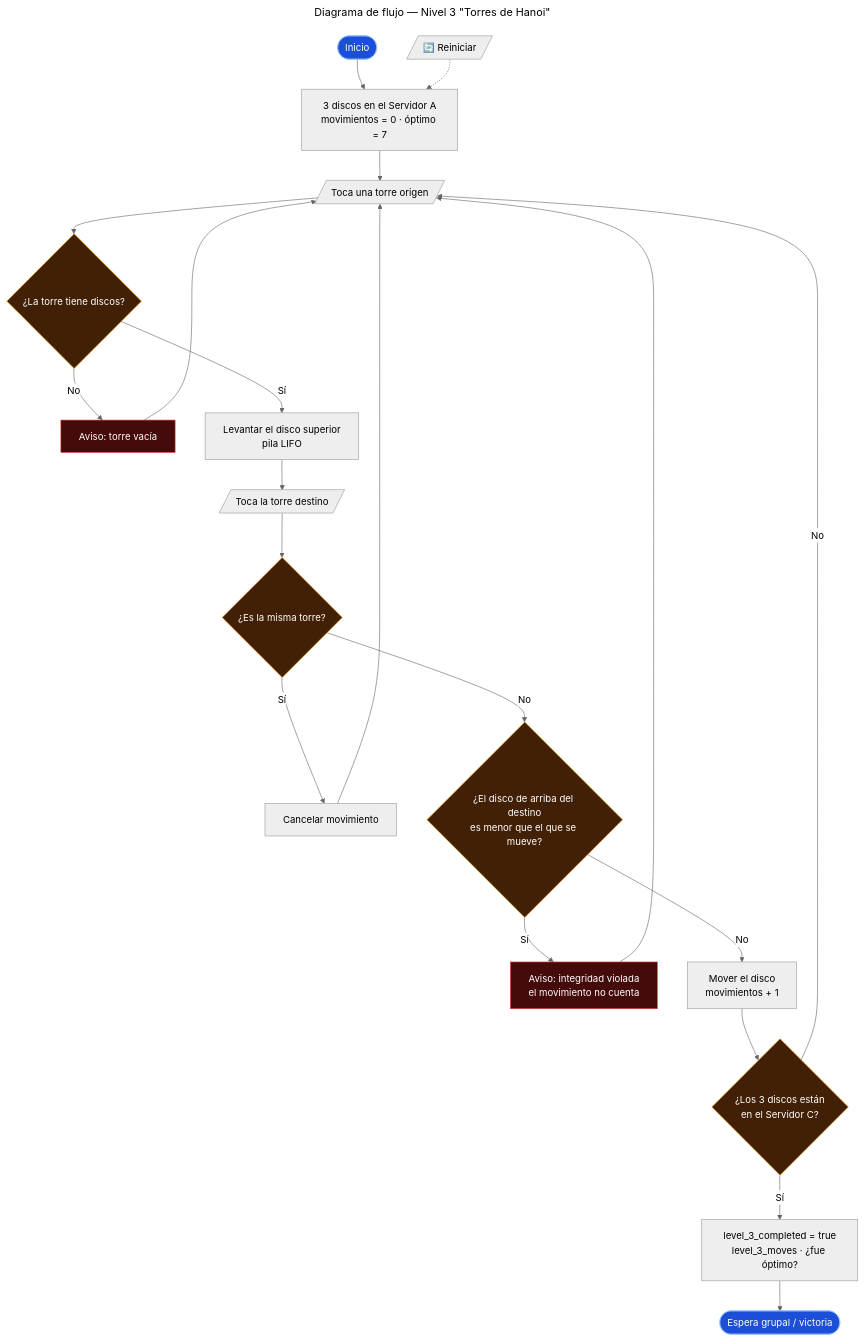
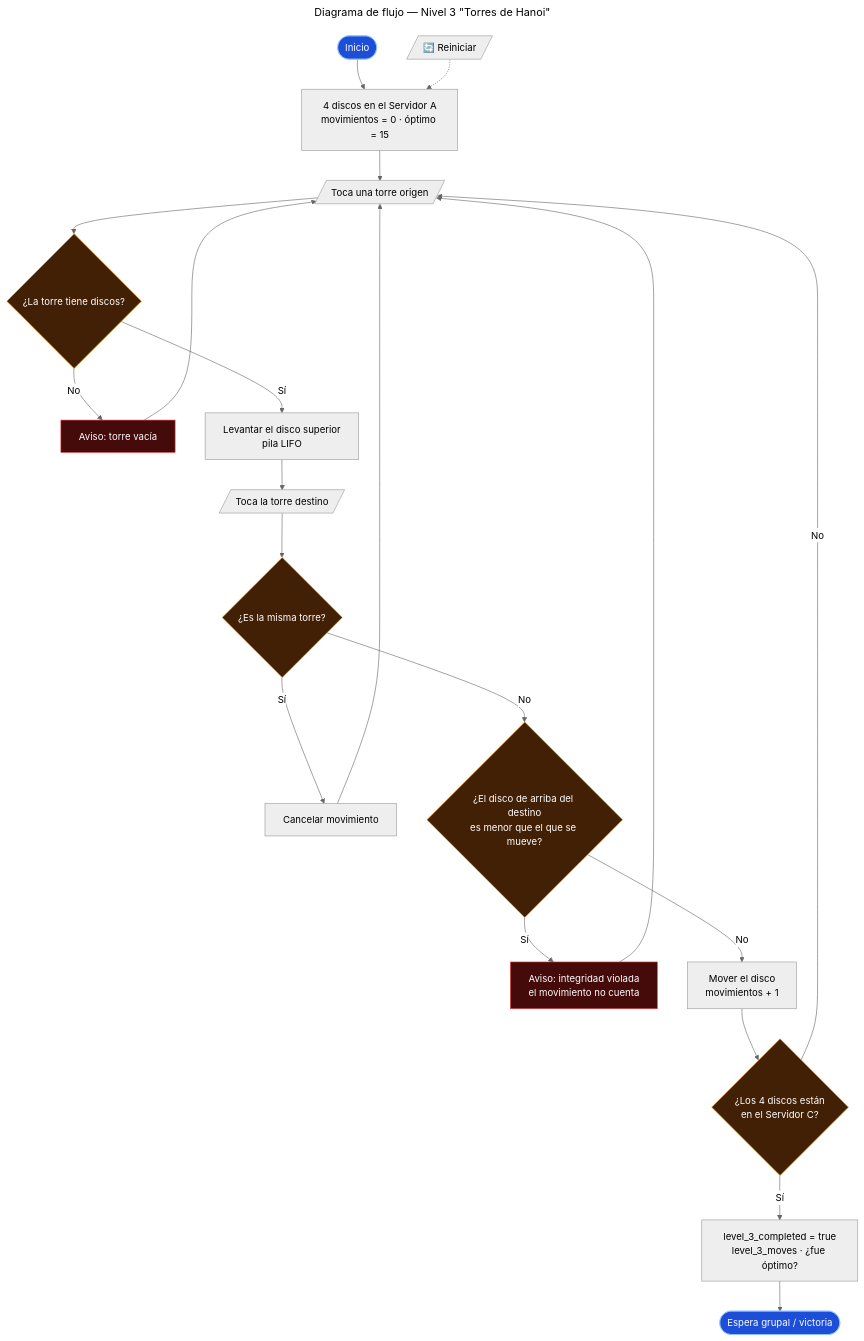
One commit to morphine75/escape_room changed the diagram in docs/diagramas/fuentes/11-flujo-nivel3-hanoi.mmd. Above: the diagram before and after it, drawn with Mermaid (neutral theme). The commit also changed 9 other files, not shown here.

```diff
--- a/docs/diagramas/fuentes/11-flujo-nivel3-hanoi.mmd
+++ b/docs/diagramas/fuentes/11-flujo-nivel3-hanoi.mmd
@@ -1,25 +1,25 @@
 ---
 title: Diagrama de flujo — Nivel 3 "Torres de Hanoi"
 ---
 flowchart TD
-  A([Inicio]) --> B[3 discos en el Servidor A<br/>movimientos = 0 · óptimo = 7]
+  A([Inicio]) --> B[4 discos en el Servidor A<br/>movimientos = 0 · óptimo = 15]
   B --> T1[/Toca una torre origen/]
   T1 --> E{¿La torre tiene discos?}
   E -- No --> M1[Aviso: torre vacía] --> T1
   E -- Sí --> SEL[Levantar el disco superior<br/>pila LIFO] --> T2[/Toca la torre destino/]
   T2 --> SAME{¿Es la misma torre?}
   SAME -- Sí --> CAN[Cancelar movimiento] --> T1
   SAME -- No --> OK{¿El disco de arriba del destino<br/>es menor que el que se mueve?}
   OK -- Sí --> ERR[Aviso: integridad violada<br/>el movimiento no cuenta] --> T1
   OK -- No --> MOVE[Mover el disco<br/>movimientos + 1]
-  MOVE --> W{¿Los 3 discos están<br/>en el Servidor C?}
+  MOVE --> W{¿Los 4 discos están<br/>en el Servidor C?}
   W -- No --> T1
   W -- Sí --> FIN[level_3_completed = true<br/>level_3_moves · ¿fue óptimo?] --> END([Espera grupal / victoria])
   RST[/🔄 Reiniciar/] -.-> B
 
   classDef term fill:#1d4ed8,stroke:#93c5fd,color:#fff
   classDef dec fill:#422006,stroke:#f59e0b,color:#fff
   classDef bad fill:#450a0a,stroke:#ef4444,color:#fff
   class A,END term
   class E,SAME,OK,W dec
   class ERR,M1 bad
```
